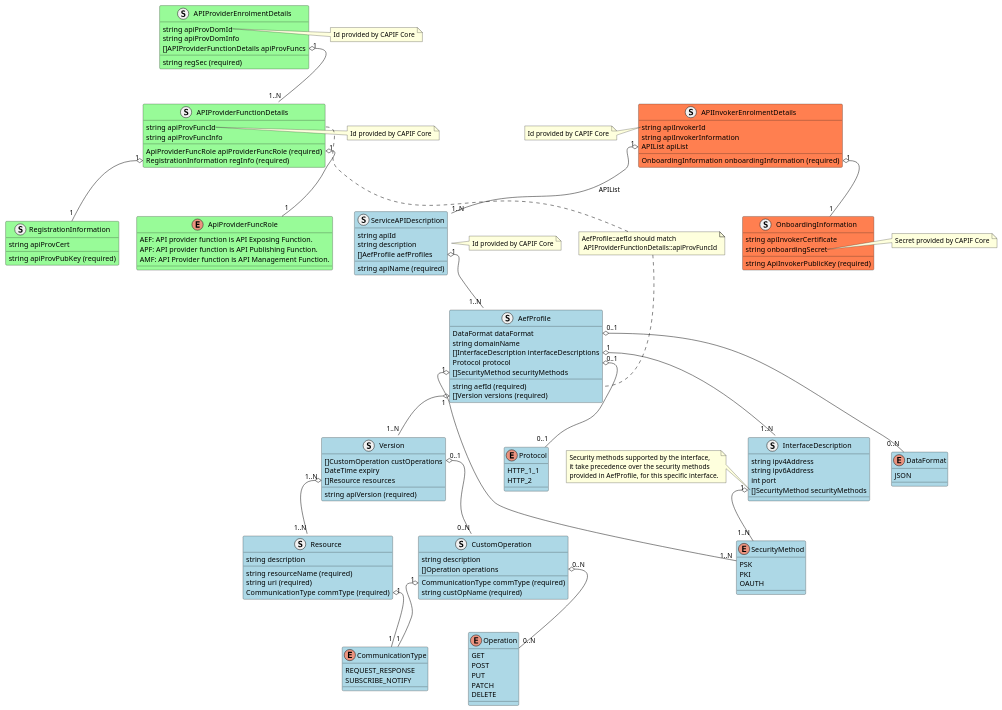
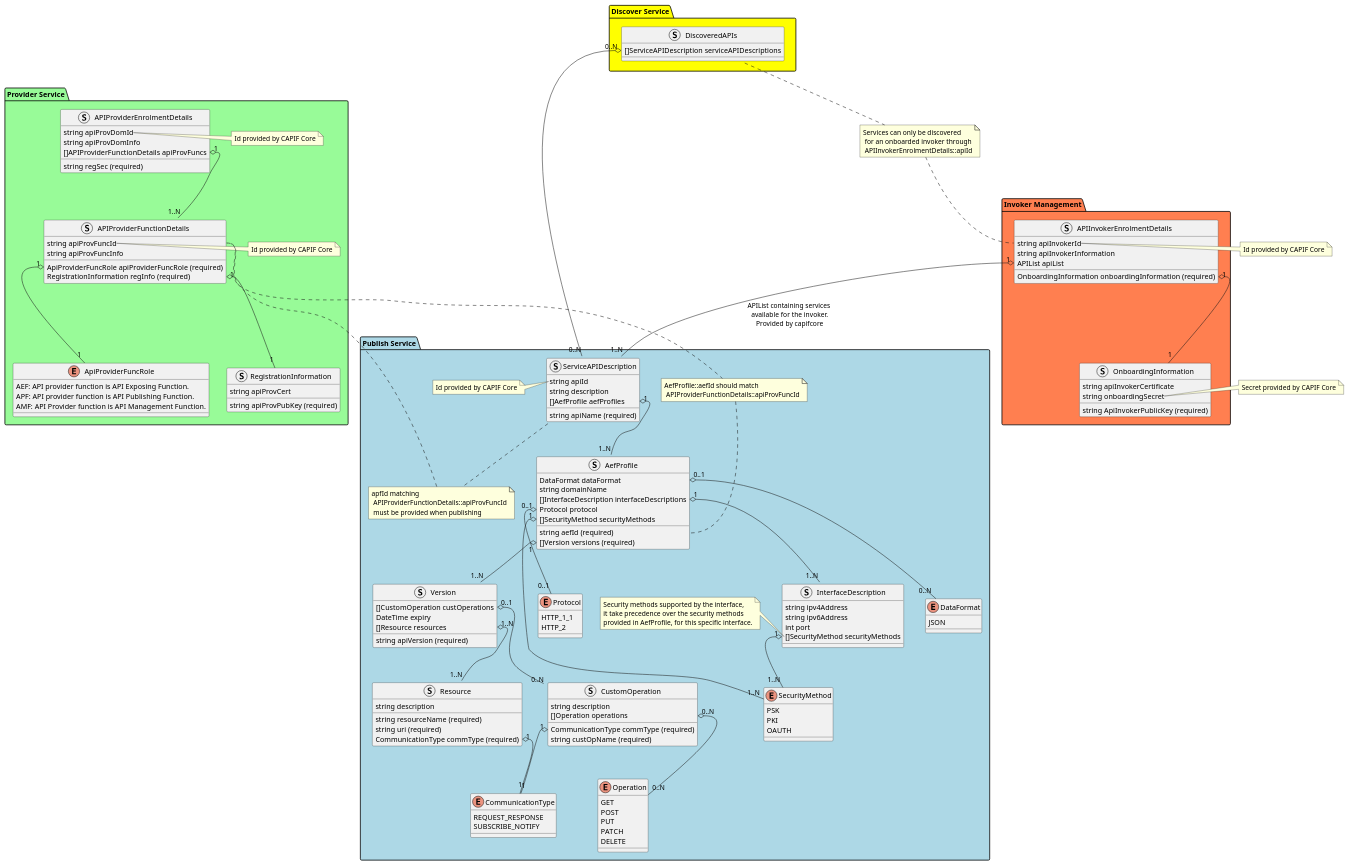
The diagram in capifcore/docs/diagrams/classdiagram.plantuml (o-ran-sc/nonrtric-plt-sme), drawn with PlantUML before and after one commit. The commit also changed 4 other files, not shown here.

```diff
--- a/capifcore/docs/diagrams/classdiagram.plantuml
+++ b/capifcore/docs/diagrams/classdiagram.plantuml
@@ -1,138 +1,158 @@
 @startuml Information in rApp registration
-struct APIProviderEnrolmentDetails #palegreen {
-    string apiProvDomId
-    string apiProvDomInfo
-    []APIProviderFunctionDetails apiProvFuncs
-    string regSec (required)
-}
-note right of APIProviderEnrolmentDetails::apiProvDomId
-    Id provided by CAPIF Core
-end note
-struct APIProviderFunctionDetails #palegreen {
-    string apiProvFuncId
-    string apiProvFuncInfo
-    ApiProviderFuncRole apiProviderFuncRole (required)
-    RegistrationInformation regInfo (required)
-}
-note right of APIProviderFunctionDetails::apiProvFuncId
-    Id provided by CAPIF Core
-end note
-enum ApiProviderFuncRole #palegreen {
-    AEF: API provider function is API Exposing Function.
-    APF: API provider function is API Publishing Function.
-    AMF: API Provider function is API Management Function.
-}
-struct RegistrationInformation #palegreen {
-    string apiProvCert
-    string apiProvPubKey (required)
+package "Provider Service" #palegreen {
+    struct APIProviderEnrolmentDetails {
+        string apiProvDomId
+        string apiProvDomInfo
+        []APIProviderFunctionDetails apiProvFuncs
+        string regSec (required)
+    }
+    note right of APIProviderEnrolmentDetails::apiProvDomId
+        Id provided by CAPIF Core
+    end note
+    struct APIProviderFunctionDetails {
+        string apiProvFuncId
+        string apiProvFuncInfo
+        ApiProviderFuncRole apiProviderFuncRole (required)
+        RegistrationInformation regInfo (required)
+    }
+    note right of APIProviderFunctionDetails::apiProvFuncId
+        Id provided by CAPIF Core
+    end note
+    enum ApiProviderFuncRole {
+        AEF: API provider function is API Exposing Function.
+        APF: API provider function is API Publishing Function.
+        AMF: API Provider function is API Management Function.
+    }
+    struct RegistrationInformation {
+        string apiProvCert
+        string apiProvPubKey (required)
+    }
 }
 APIProviderEnrolmentDetails::apiProvFuncs "1" o-- "1..N" APIProviderFunctionDetails
 APIProviderFunctionDetails::regInfo "1" o-- "1" RegistrationInformation
 APIProviderFunctionDetails::apiProviderFuncRole "1" o-- "1" ApiProviderFuncRole
 
-struct ServiceAPIDescription #lightblue {
-    string apiId
-    string apiName (required)
-    string description
-    []AefProfile aefProfiles
-}
-note right of ServiceAPIDescription
-    Id provided by CAPIF Core
-end note
-struct AefProfile #lightblue {
-    string aefId (required)
-    DataFormat dataFormat
-    string domainName
-    []InterfaceDescription interfaceDescriptions
-    Protocol protocol
-    []SecurityMethod securityMethods
-    []Version versions (required)
-}
-enum DataFormat #lightblue {
-    JSON
-}
-enum Protocol #lightblue {
-    HTTP_1_1
-    HTTP_2
-}
-note "AefProfile::aefId should match\n APIProviderFunctionDetails::apiProvFuncId" as aefIdRel
-APIProviderFunctionDetails::apiProvFuncId .. aefIdRel
-aefIdRel .. AefProfile::aefId
-struct InterfaceDescription #lightblue {
-    string ipv4Address
-    string ipv6Address
-    int port
-    []SecurityMethod securityMethods
-}
-note left of InterfaceDescription::securityMethods
-    Security methods supported by the interface,
-    it take precedence over the security methods
-    provided in AefProfile, for this specific interface.
-end note
-struct Version #lightblue {
-    []CustomOperation custOperations
-    DateTime expiry
-    []Resource resources
-    string apiVersion (required)
-}
-struct CustomOperation #lightblue {
-	CommunicationType commType (required)
-    string custOpName (required)
-    string description
-    []Operation operations
-}
-enum Operation #lightblue {
-    GET
-    POST
-    PUT
-    PATCH
-    DELETE
-}
-enum SecurityMethod #lightblue {
-    PSK
-    PKI
-    OAUTH
-}
-struct Resource #lightblue {
-    string resourceName (required)
-    string uri (required)
-    CommunicationType commType (required)
-    string description
-}
-enum CommunicationType #lightblue {
-    REQUEST_RESPONSE
-    SUBSCRIBE_NOTIFY
+package "Publish Service" #lightblue {
+    struct ServiceAPIDescription {
+        string apiId
+        string apiName (required)
+        string description
+        []AefProfile aefProfiles
+    }
+    note left of ServiceAPIDescription::apiId
+        Id provided by CAPIF Core
+    end note
+    note "apfId matching\n APIProviderFunctionDetails::apiProvFuncId\n must be provided when publishing" as publishProviderRel
+    ServiceAPIDescription .. publishProviderRel
+    publishProviderRel .. APIProviderFunctionDetails::apiProvFuncId
+    struct AefProfile {
+        string aefId (required)
+        DataFormat dataFormat
+        string domainName
+        []InterfaceDescription interfaceDescriptions
+        Protocol protocol
+        []SecurityMethod securityMethods
+        []Version versions (required)
+    }
+    enum DataFormat {
+        JSON
+    }
+    enum Protocol {
+        HTTP_1_1
+        HTTP_2
+    }
+    note "AefProfile::aefId should match\n APIProviderFunctionDetails::apiProvFuncId" as aefIdRel
+    APIProviderFunctionDetails::apiProvFuncId .. aefIdRel
+    aefIdRel .. AefProfile::aefId
+    struct InterfaceDescription {
+        string ipv4Address
+        string ipv6Address
+        int port
+        []SecurityMethod securityMethods
+    }
+    note left of InterfaceDescription::securityMethods
+        Security methods supported by the interface,
+        it take precedence over the security methods
+        provided in AefProfile, for this specific interface.
+    end note
+    struct Version {
+        []CustomOperation custOperations
+        DateTime expiry
+        []Resource resources
+        string apiVersion (required)
+    }
+    struct CustomOperation {
+        CommunicationType commType (required)
+        string custOpName (required)
+        string description
+        []Operation operations
+    }
+    enum Operation {
+        GET
+        POST
+        PUT
+        PATCH
+        DELETE
+    }
+    enum SecurityMethod {
+        PSK
+        PKI
+        OAUTH
+    }
+    struct Resource {
+        string resourceName (required)
+        string uri (required)
+        CommunicationType commType (required)
+        string description
+    }
+    enum CommunicationType {
+        REQUEST_RESPONSE
+        SUBSCRIBE_NOTIFY
+    }
 }
 ServiceAPIDescription::aefProfiles "1" o-- "1..N" AefProfile
 AefProfile::interfaceDescriptions "1" o-- "1..N" InterfaceDescription
 AefProfile::protocol "0..1" o-- "0..1" Protocol
 AefProfile::securityMethods "1" o-- "1..N" SecurityMethod
 AefProfile::dataFormat "0..1" o-- "0..N" DataFormat
 InterfaceDescription::securityMethods "1" o-- "1..N" SecurityMethod
 AefProfile::versions "1" o-- "1..N" Version
 Version::resources "1..N" o-- "1..N" Resource
 Version::custOperations "0..1" o-- "0..N" CustomOperation
 CustomOperation::CommunicationType "1" o-- "1" CommunicationType
 CustomOperation::operations "0..N" o-- "0..N" Operation
 Resource::commType "1" o-- "1" CommunicationType
 
-struct APIInvokerEnrolmentDetails #coral {
-    string apiInvokerId
-    string apiInvokerInformation
-    APIList apiList
-    OnboardingInformation onboardingInformation (required)
-}
-struct OnboardingInformation #coral {
-    string apiInvokerCertificate
-    string ApiInvokerPublicKey (required)
-    string onboardingSecret
+package "Invoker Management" #coral {
+    struct APIInvokerEnrolmentDetails {
+        string apiInvokerId
+        string apiInvokerInformation
+        APIList apiList
+        OnboardingInformation onboardingInformation (required)
+    }
+    struct OnboardingInformation {
+        string apiInvokerCertificate
+        string ApiInvokerPublicKey (required)
+        string onboardingSecret
+    }
 }
 note right of OnboardingInformation::onboardingSecret
     Secret provided by CAPIF Core
 end note
 note left of APIInvokerEnrolmentDetails::apiInvokerId
     Id provided by CAPIF Core
 end note
-APIInvokerEnrolmentDetails::apiList "1" o-- "1..N" ServiceAPIDescription : APIList
+APIInvokerEnrolmentDetails::apiList "1" o-- "1..N" ServiceAPIDescription : APIList containing services\n available for the invoker.\n Provided by capifcore
 APIInvokerEnrolmentDetails::onboardingInformation "1" o-- "1" OnboardingInformation
+
+package "Discover Service"  #Yellow {
+    struct DiscoveredAPIs {
+        []ServiceAPIDescription serviceAPIDescriptions
+    }
+}
+DiscoveredAPIs::serviceAPIDescriptions "0..N" o-- "0..N" ServiceAPIDescription
+note "Services can only be discovered\n for an onboarded invoker through\n APIInvokerEnrolmentDetails::apiId" as invokerDiscoverRel
+DiscoveredAPIs .. invokerDiscoverRel
+invokerDiscoverRel .. APIInvokerEnrolmentDetails::apiInvokerId
+
 @enduml
```
